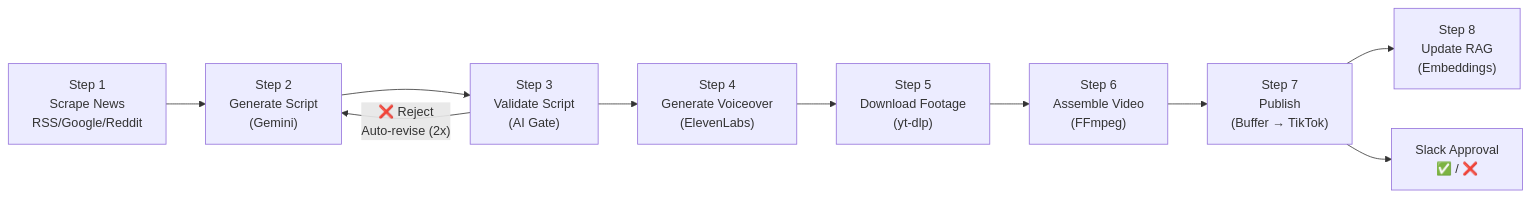
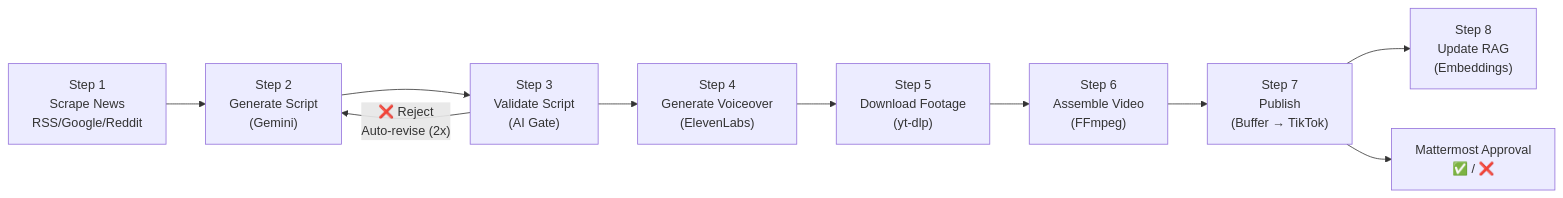
Before and after one commit to Adamo-97/pi_setup: the third of 3 diagrams in pi_tiktok_stack/README.md, drawn with Mermaid. The commit also changed other lines of this file and 39 other files, not shown here.

````diff
--- a/pi_tiktok_stack/README.md
+++ b/pi_tiktok_stack/README.md
@@ -83,12 +83,12 @@
 ```mermaid
 flowchart LR
     S1["Step 1\nScrape News\nRSS/Google/Reddit"] --> S2["Step 2\nGenerate Script\n(Gemini)"]
     S2 --> S3["Step 3\nValidate Script\n(AI Gate)"]
     S3 --> S4["Step 4\nGenerate Voiceover\n(ElevenLabs)"]
     S4 --> S5["Step 5\nDownload Footage\n(yt-dlp)"]
     S5 --> S6["Step 6\nAssemble Video\n(FFmpeg)"]
     S6 --> S7["Step 7\nPublish\n(Buffer → TikTok)"]
     S7 --> S8["Step 8\nUpdate RAG\n(Embeddings)"]
     S3 -- "❌ Reject\nAuto-revise (2x)" --> S2
-    S7 --> Slack["Slack Approval\n✅ / ❌"]
+    S7 --> MM["Mattermost Approval\n✅ / ❌"]
 ```
````
